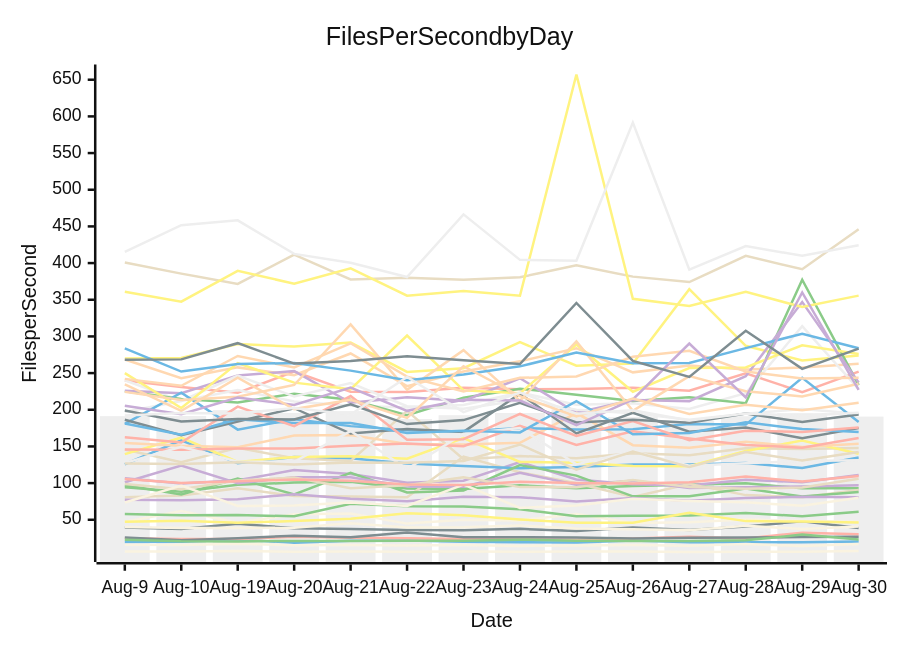
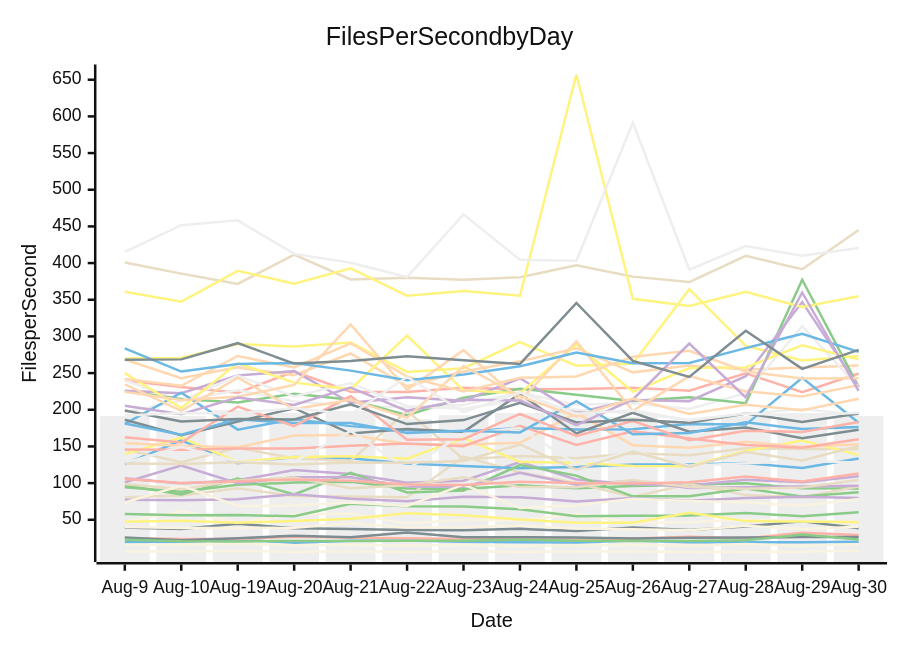
The diagram in perf-report.md (streetsidesoftware/cspell), drawn with Mermaid (neutral theme) before and after one commit. The commit also changed other lines of this file and 2 other files, not shown here.

````diff
--- a/perf-report.md
+++ b/perf-report.md
@@ -11,57 +11,57 @@
 ```mermaid
 xychart-beta
     title Files Per Second by Day
     y-axis Files per Second
     x-axis Date [Aug-9, Aug-10, Aug-19, Aug-20, Aug-21, Aug-22, Aug-23, Aug-24, Aug-25, Aug-26, Aug-27, Aug-28, Aug-29, Aug-30]
-    bar [191.27, 191.48, 199.45, 195.67, 198.22, 187.40, 192.61, 195.61, 200.69, 190.24, 185.15, 191.23, 195.37, 190.66]
-    line [19.76, 19.87, 23.15, 18.80, 21.30, 21.70, 20.11, 19.24, 18.97, 21.74, 19.44, 19.50, 19.20, 20.29]
-    line [94.45, 88.13, 97.66, 100.71, 101.93, 92.80, 92.11, 97.07, 92.83, 96.14, 97.78, 99.79, 92.99, 92.91]
-    line [106.66, 99.38, 103.80, 117.71, 112.47, 100.50, 103.30, 128.71, 104.89, 98.28, 96.78, 104.60, 101.13, 110.99]
-    line [80.61, 83.15, 92.81, 82.44, 81.86, 80.75, 136.22, 114.72, 99.92, 81.00, 98.60, 83.62, 80.81, 90.73]
-    line [239.79, 231.09, 223.10, 252.00, 224.60, 224.17, 230.06, 227.93, 228.22, 229.99, 225.97, 249.68, 224.12, 251.93]
-    line [269.81, 270.47, 289.77, 286.14, 291.59, 251.52, 256.69, 292.19, 260.02, 262.94, 364.38, 287.21, 267.07, 273.91]
-    line [39.52, 37.52, 44.46, 38.46, 37.42, 35.96, 35.65, 37.61, 34.82, 39.47, 36.12, 40.86, 48.01, 38.71]
-    line [268.54, 243.09, 257.77, 247.18, 276.72, 232.23, 252.08, 266.01, 283.94, 251.01, 260.27, 254.92, 257.60, 262.61]
-    line [6.78, 6.60, 7.51, 6.38, 6.72, 6.55, 6.77, 6.55, 6.58, 6.64, 6.06, 6.53, 6.57, 7.50]
-    line [240.17, 211.99, 227.00, 211.38, 205.51, 203.10, 206.43, 223.33, 206.89, 208.72, 201.20, 222.72, 313.85, 228.24]
-    line [125.68, 158.27, 127.25, 135.61, 133.76, 126.70, 123.28, 120.42, 121.90, 125.42, 125.26, 127.33, 120.64, 134.87]
-    line [225.24, 214.74, 210.02, 221.88, 213.58, 192.56, 216.27, 228.68, 220.47, 211.98, 216.89, 208.83, 377.28, 233.62]
-    line [225.91, 222.58, 246.74, 252.74, 209.47, 217.12, 212.13, 242.98, 195.81, 213.43, 211.78, 245.83, 346.89, 237.31]
-    line [145.75, 128.32, 148.05, 133.76, 130.09, 198.58, 132.66, 136.89, 133.84, 140.74, 138.14, 147.54, 146.55, 147.89]
-    line [24.65, 23.72, 23.68, 26.94, 25.51, 24.79, 23.76, 23.53, 22.75, 24.32, 26.78, 24.44, 32.43, 30.20]
-    line [139.45, 161.93, 128.87, 135.71, 136.66, 133.36, 161.38, 128.87, 127.62, 123.35, 123.11, 143.71, 157.94, 140.09]
-    line [25.95, 22.03, 24.86, 28.29, 26.21, 32.71, 26.20, 26.09, 26.00, 24.43, 25.37, 25.72, 26.51, 26.78]
-    line [154.75, 150.93, 149.02, 164.86, 165.64, 153.35, 152.64, 155.02, 195.52, 151.70, 148.17, 156.31, 149.39, 153.57]
-    line [15.80, 15.53, 17.25, 15.28, 15.49, 14.84, 15.46, 14.39, 15.01, 15.63, 14.69, 17.08, 14.10, 16.89]
-    line [196.97, 211.99, 246.59, 218.10, 236.31, 204.94, 201.38, 212.81, 200.01, 195.34, 186.50, 194.59, 201.00, 194.40]
-    line [180.75, 223.35, 172.94, 187.16, 177.68, 172.01, 170.49, 175.09, 173.22, 173.59, 180.48, 179.74, 243.56, 183.39]
-    line [96.93, 84.41, 106.12, 84.61, 114.12, 87.31, 89.99, 124.55, 110.24, 81.92, 82.24, 92.49, 81.67, 87.98]
-    line [77.16, 76.75, 77.91, 84.91, 78.76, 75.34, 81.46, 80.77, 74.97, 79.78, 75.90, 79.64, 81.40, 80.60]
-    line [400.74, 385.62, 371.65, 411.46, 377.61, 379.88, 377.18, 380.64, 396.91, 381.52, 374.08, 409.79, 391.59, 446.02]
-    line [145.79, 145.58, 147.10, 147.08, 151.07, 153.94, 150.27, 178.09, 152.08, 170.66, 160.71, 152.01, 148.28, 161.52]
-    line [249.96, 202.34, 263.67, 236.99, 228.06, 301.20, 226.40, 222.40, 289.06, 224.56, 256.87, 257.70, 287.97, 275.97]
-    line [186.27, 165.43, 184.07, 202.12, 167.51, 173.85, 169.85, 221.75, 167.75, 195.90, 170.00, 175.89, 161.05, 174.98]
-    line [224.37, 213.27, 217.89, 233.79, 316.48, 227.32, 281.23, 212.31, 293.11, 198.49, 245.94, 225.24, 218.17, 235.55]
-    line [47.00, 61.84, 45.89, 57.63, 58.67, 44.77, 49.92, 49.06, 57.90, 45.60, 46.71, 50.51, 48.37, 47.17]
-    line [127.47, 149.55, 129.16, 129.10, 170.99, 119.13, 167.47, 175.06, 125.57, 143.51, 123.67, 127.21, 130.16, 131.07]
-    line [181.18, 166.12, 186.93, 181.85, 181.88, 168.34, 171.35, 169.12, 211.70, 166.64, 168.34, 182.86, 173.63, 169.72]
-    line [57.90, 56.15, 56.35, 54.76, 71.89, 68.47, 68.09, 64.39, 54.76, 55.64, 55.71, 59.28, 54.85, 60.88]
-    line [101.07, 123.80, 99.87, 108.06, 107.98, 95.34, 94.96, 114.12, 97.84, 103.09, 93.25, 94.27, 95.28, 96.92]
-    line [98.84, 91.76, 103.43, 107.49, 93.08, 97.11, 107.90, 94.53, 94.47, 104.38, 94.67, 92.38, 93.95, 106.05]
-    line [162.48, 155.40, 204.32, 177.59, 218.64, 159.00, 159.79, 194.26, 164.45, 184.75, 158.60, 171.47, 169.60, 175.85]
-    line [360.76, 347.31, 389.41, 371.89, 392.82, 355.53, 361.83, 355.43, 657.12, 351.25, 341.51, 360.76, 340.11, 355.61]
-    line [198.91, 184.05, 187.41, 186.67, 207.48, 180.49, 185.92, 209.38, 182.67, 186.49, 182.43, 194.97, 183.27, 193.52]
-    line [242.10, 232.62, 273.32, 257.69, 290.62, 245.10, 224.83, 243.49, 245.36, 272.30, 280.33, 252.18, 242.64, 243.66]
-    line [73.60, 96.61, 68.89, 69.48, 73.38, 68.77, 97.84, 66.15, 69.59, 78.77, 75.57, 73.80, 69.15, 79.93]
-    line [415.14, 451.69, 458.22, 412.53, 400.53, 380.98, 466.37, 404.40, 403.18, 591.49, 390.96, 423.25, 409.89, 424.23]
-    line [283.77, 252.09, 262.36, 263.68, 253.37, 240.18, 248.22, 259.20, 278.18, 263.50, 263.68, 284.05, 303.63, 283.93]
-    line [22.84, 20.59, 20.47, 21.22, 20.90, 21.42, 21.40, 22.88, 21.36, 21.22, 21.19, 22.04, 29.75, 23.19]
-    line [205.56, 193.98, 216.67, 206.61, 230.20, 198.53, 213.69, 212.64, 179.07, 214.07, 290.22, 216.81, 359.94, 227.22]
-    line [126.64, 126.17, 128.45, 125.27, 127.94, 127.77, 130.20, 152.67, 118.34, 143.02, 122.15, 142.33, 130.77, 142.43]
-    line [105.46, 100.11, 102.43, 104.89, 103.21, 98.21, 97.36, 101.78, 100.00, 99.58, 101.28, 109.08, 102.06, 109.53]
-    line [47.26, 48.66, 46.00, 48.26, 51.42, 58.83, 56.30, 50.38, 45.97, 45.91, 59.43, 48.16, 47.53, 46.29]
-    line [268.09, 268.70, 290.78, 262.94, 266.60, 272.93, 267.45, 262.37, 345.57, 266.69, 244.68, 307.76, 255.74, 283.43]
-    line [234.76, 198.61, 243.75, 200.90, 213.71, 188.91, 259.37, 218.53, 190.79, 215.33, 194.36, 206.72, 199.24, 209.50]
-    line [39.98, 38.63, 38.64, 39.11, 45.24, 39.50, 39.66, 42.07, 38.23, 36.94, 35.58, 41.81, 37.53, 40.97]
-    line [192.03, 195.48, 194.87, 202.54, 193.62, 244.63, 196.70, 223.56, 194.58, 199.46, 185.25, 194.89, 191.72, 196.07]
+    bar [191.27, 191.48, 199.45, 195.67, 198.22, 187.40, 192.61, 195.61, 200.69, 190.24, 185.15, 191.23, 195.37, 191.39]
+    line [19.76, 19.87, 23.15, 18.80, 21.30, 21.70, 20.11, 19.24, 18.97, 21.74, 19.44, 19.50, 19.20, 19.98]
+    line [94.45, 88.13, 97.66, 100.71, 101.93, 92.80, 92.11, 97.07, 92.83, 96.14, 97.78, 99.79, 92.99, 92.61]
+    line [106.66, 99.38, 103.80, 117.71, 112.47, 100.50, 103.30, 128.71, 104.89, 98.28, 96.78, 104.60, 101.13, 109.23]
+    line [80.61, 83.15, 92.81, 82.44, 81.86, 80.75, 136.22, 114.72, 99.92, 81.00, 98.60, 83.62, 80.81, 95.31]
+    line [239.79, 231.09, 223.10, 252.00, 224.60, 224.17, 230.06, 227.93, 228.22, 229.99, 225.97, 249.68, 224.12, 249.45]
+    line [269.81, 270.47, 289.77, 286.14, 291.59, 251.52, 256.69, 292.19, 260.02, 262.94, 364.38, 287.21, 267.07, 273.26]
+    line [39.52, 37.52, 44.46, 38.46, 37.42, 35.96, 35.65, 37.61, 34.82, 39.47, 36.12, 40.86, 48.01, 38.35]
+    line [268.54, 243.09, 257.77, 247.18, 276.72, 232.23, 252.08, 266.01, 283.94, 251.01, 260.27, 254.92, 257.60, 260.42]
+    line [6.78, 6.60, 7.51, 6.38, 6.72, 6.55, 6.77, 6.55, 6.58, 6.64, 6.06, 6.53, 6.57, 8.03]
+    line [240.17, 211.99, 227.00, 211.38, 205.51, 203.10, 206.43, 223.33, 206.89, 208.72, 201.20, 222.72, 313.85, 230.65]
+    line [125.68, 158.27, 127.25, 135.61, 133.76, 126.70, 123.28, 120.42, 121.90, 125.42, 125.26, 127.33, 120.64, 133.49]
+    line [225.24, 214.74, 210.02, 221.88, 213.58, 192.56, 216.27, 228.68, 220.47, 211.98, 216.89, 208.83, 377.28, 231.14]
+    line [225.91, 222.58, 246.74, 252.74, 209.47, 217.12, 212.13, 242.98, 195.81, 213.43, 211.78, 245.83, 346.89, 231.16]
+    line [145.75, 128.32, 148.05, 133.76, 130.09, 198.58, 132.66, 136.89, 133.84, 140.74, 138.14, 147.54, 146.55, 146.02]
+    line [24.65, 23.72, 23.68, 26.94, 25.51, 24.79, 23.76, 23.53, 22.75, 24.32, 26.78, 24.44, 32.43, 29.19]
+    line [139.45, 161.93, 128.87, 135.71, 136.66, 133.36, 161.38, 128.87, 127.62, 123.35, 123.11, 143.71, 157.94, 138.50]
+    line [25.95, 22.03, 24.86, 28.29, 26.21, 32.71, 26.20, 26.09, 26.00, 24.43, 25.37, 25.72, 26.51, 26.59]
+    line [154.75, 150.93, 149.02, 164.86, 165.64, 153.35, 152.64, 155.02, 195.52, 151.70, 148.17, 156.31, 149.39, 153.11]
+    line [15.80, 15.53, 17.25, 15.28, 15.49, 14.84, 15.46, 14.39, 15.01, 15.63, 14.69, 17.08, 14.10, 16.71]
+    line [196.97, 211.99, 246.59, 218.10, 236.31, 204.94, 201.38, 212.81, 200.01, 195.34, 186.50, 194.59, 201.00, 192.78]
+    line [180.75, 223.35, 172.94, 187.16, 177.68, 172.01, 170.49, 175.09, 173.22, 173.59, 180.48, 179.74, 243.56, 182.28]
+    line [96.93, 84.41, 106.12, 84.61, 114.12, 87.31, 89.99, 124.55, 110.24, 81.92, 82.24, 92.49, 81.67, 87.59]
+    line [77.16, 76.75, 77.91, 84.91, 78.76, 75.34, 81.46, 80.77, 74.97, 79.78, 75.90, 79.64, 81.40, 79.85]
+    line [400.74, 385.62, 371.65, 411.46, 377.61, 379.88, 377.18, 380.64, 396.91, 381.52, 374.08, 409.79, 391.59, 445.01]
+    line [145.79, 145.58, 147.10, 147.08, 151.07, 153.94, 150.27, 178.09, 152.08, 170.66, 160.71, 152.01, 148.28, 159.68]
+    line [249.96, 202.34, 263.67, 236.99, 228.06, 301.20, 226.40, 222.40, 289.06, 224.56, 256.87, 257.70, 287.97, 268.68]
+    line [186.27, 165.43, 184.07, 202.12, 167.51, 173.85, 169.85, 221.75, 167.75, 195.90, 170.00, 175.89, 161.05, 172.78]
+    line [224.37, 213.27, 217.89, 233.79, 316.48, 227.32, 281.23, 212.31, 293.11, 198.49, 245.94, 225.24, 218.17, 233.60]
+    line [47.00, 61.84, 45.89, 57.63, 58.67, 44.77, 49.92, 49.06, 57.90, 45.60, 46.71, 50.51, 48.37, 46.85]
+    line [127.47, 149.55, 129.16, 129.10, 170.99, 119.13, 167.47, 175.06, 125.57, 143.51, 123.67, 127.21, 130.16, 128.18]
+    line [181.18, 166.12, 186.93, 181.85, 181.88, 168.34, 171.35, 169.12, 211.70, 166.64, 168.34, 182.86, 173.63, 176.66]
+    line [57.90, 56.15, 56.35, 54.76, 71.89, 68.47, 68.09, 64.39, 54.76, 55.64, 55.71, 59.28, 54.85, 60.20]
+    line [101.07, 123.80, 99.87, 108.06, 107.98, 95.34, 94.96, 114.12, 97.84, 103.09, 93.25, 94.27, 95.28, 96.54]
+    line [98.84, 91.76, 103.43, 107.49, 93.08, 97.11, 107.90, 94.53, 94.47, 104.38, 94.67, 92.38, 93.95, 104.17]
+    line [162.48, 155.40, 204.32, 177.59, 218.64, 159.00, 159.79, 194.26, 164.45, 184.75, 158.60, 171.47, 169.60, 183.25]
+    line [360.76, 347.31, 389.41, 371.89, 392.82, 355.53, 361.83, 355.43, 657.12, 351.25, 341.51, 360.76, 340.11, 354.77]
+    line [198.91, 184.05, 187.41, 186.67, 207.48, 180.49, 185.92, 209.38, 182.67, 186.49, 182.43, 194.97, 183.27, 194.85]
+    line [242.10, 232.62, 273.32, 257.69, 290.62, 245.10, 224.83, 243.49, 245.36, 272.30, 280.33, 252.18, 242.64, 242.97]
+    line [73.60, 96.61, 68.89, 69.48, 73.38, 68.77, 97.84, 66.15, 69.59, 78.77, 75.57, 73.80, 69.15, 78.35]
+    line [415.14, 451.69, 458.22, 412.53, 400.53, 380.98, 466.37, 404.40, 403.18, 591.49, 390.96, 423.25, 409.89, 420.57]
+    line [283.77, 252.09, 262.36, 263.68, 253.37, 240.18, 248.22, 259.20, 278.18, 263.50, 263.68, 284.05, 303.63, 278.91]
+    line [22.84, 20.59, 20.47, 21.22, 20.90, 21.42, 21.40, 22.88, 21.36, 21.22, 21.19, 22.04, 29.75, 23.02]
+    line [205.56, 193.98, 216.67, 206.61, 230.20, 198.53, 213.69, 212.64, 179.07, 214.07, 290.22, 216.81, 359.94, 225.73]
+    line [126.64, 126.17, 128.45, 125.27, 127.94, 127.77, 130.20, 152.67, 118.34, 143.02, 122.15, 142.33, 130.77, 150.54]
+    line [105.46, 100.11, 102.43, 104.89, 103.21, 98.21, 97.36, 101.78, 100.00, 99.58, 101.28, 109.08, 102.06, 113.06]
+    line [47.26, 48.66, 46.00, 48.26, 51.42, 58.83, 56.30, 50.38, 45.97, 45.91, 59.43, 48.16, 47.53, 46.75]
+    line [268.09, 268.70, 290.78, 262.94, 266.60, 272.93, 267.45, 262.37, 345.57, 266.69, 244.68, 307.76, 255.74, 281.64]
+    line [234.76, 198.61, 243.75, 200.90, 213.71, 188.91, 259.37, 218.53, 190.79, 215.33, 194.36, 206.72, 199.24, 215.14]
+    line [39.98, 38.63, 38.64, 39.11, 45.24, 39.50, 39.66, 42.07, 38.23, 36.94, 35.58, 41.81, 37.53, 40.57]
+    line [192.03, 195.48, 194.87, 202.54, 193.62, 244.63, 196.70, 223.56, 194.58, 199.46, 185.25, 194.89, 191.72, 195.81]
 ```
````
